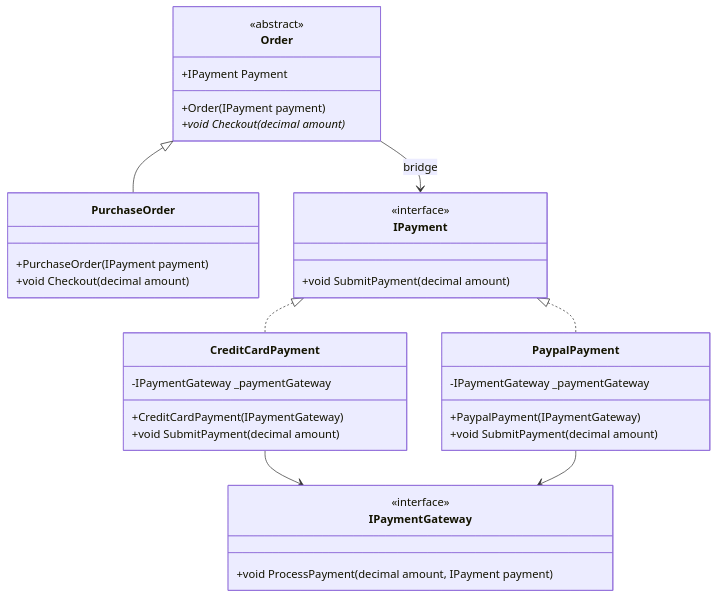
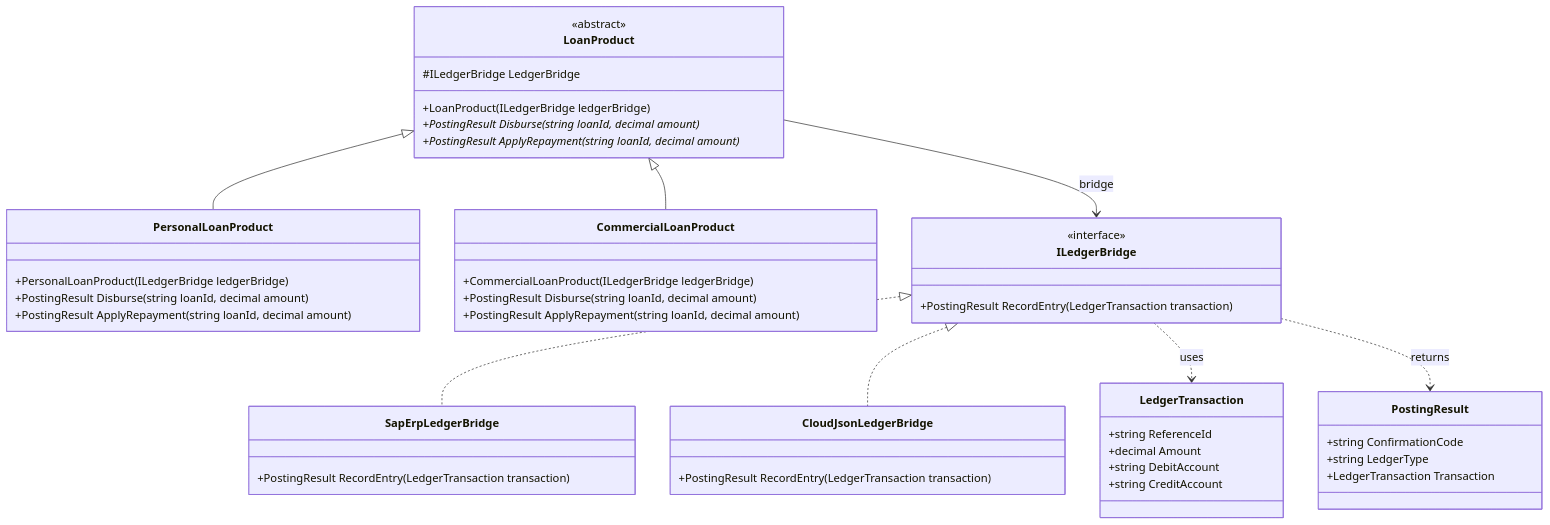
The diagram in Patterns/Bridge/pattern.md (deanagan/csharp-design-patterns), drawn with Mermaid before and after one commit. The commit also changed other lines of this file and 15 other files, not shown here.

````diff
--- a/Patterns/Bridge/pattern.md
+++ b/Patterns/Bridge/pattern.md
@@ -15,48 +55,60 @@
 ```mermaid
 classDiagram
-    %% Abstraction
-    class Order {
+    %% Abstraction Hierarchy
+    class LoanProduct {
         <<abstract>>
-        +IPayment Payment
-        +Order(IPayment payment)
-        +void Checkout(decimal amount)*
+        #ILedgerBridge LedgerBridge
+        +LoanProduct(ILedgerBridge ledgerBridge)
+        +PostingResult Disburse(string loanId, decimal amount)*
+        +PostingResult ApplyRepayment(string loanId, decimal amount)*
     }
 
-    class PurchaseOrder {
-        +PurchaseOrder(IPayment payment)
-        +void Checkout(decimal amount)
+    class PersonalLoanProduct {
+        +PersonalLoanProduct(ILedgerBridge ledgerBridge)
+        +PostingResult Disburse(string loanId, decimal amount)
+        +PostingResult ApplyRepayment(string loanId, decimal amount)
     }
 
-    %% Implementor
-    class IPayment {
-        <<interface>>
-        +void SubmitPayment(decimal amount)
+    class CommercialLoanProduct {
+        +CommercialLoanProduct(ILedgerBridge ledgerBridge)
+        +PostingResult Disburse(string loanId, decimal amount)
+        +PostingResult ApplyRepayment(string loanId, decimal amount)
     }
 
-    %% Concrete Implementors
-    class CreditCardPayment {
-        -IPaymentGateway _paymentGateway
-        +CreditCardPayment(IPaymentGateway)
-        +void SubmitPayment(decimal amount)
+    %% Implementor Hierarchy
+    class ILedgerBridge {
+        <<interface>>
+        +PostingResult RecordEntry(LedgerTransaction transaction)
     }
 
-    class PaypalPayment {
-        -IPaymentGateway _paymentGateway
-        +PaypalPayment(IPaymentGateway)
-        +void SubmitPayment(decimal amount)
+    class SapErpLedgerBridge {
+        +PostingResult RecordEntry(LedgerTransaction transaction)
     }
 
-    %% Payment Gateway (secondary bridge)
-    class IPaymentGateway {
-        <<interface>>
-        +void ProcessPayment(decimal amount, IPayment payment)
+    class CloudJsonLedgerBridge {
+        +PostingResult RecordEntry(LedgerTransaction transaction)
+    }
+
+    %% Data Models
+    class LedgerTransaction {
+        +string ReferenceId
+        +decimal Amount
+        +string DebitAccount
+        +string CreditAccount
+    }
+
+    class PostingResult {
+        +string ConfirmationCode
+        +string LedgerType
+        +LedgerTransaction Transaction
     }
 
     %% Relationships
-    Order <|-- PurchaseOrder
-    Order --> IPayment : bridge
-    IPayment <|.. CreditCardPayment
-    IPayment <|.. PaypalPayment
-    CreditCardPayment --> IPaymentGateway
-    PaypalPayment --> IPaymentGateway
+    LoanProduct <|-- PersonalLoanProduct
+    LoanProduct <|-- CommercialLoanProduct
+    LoanProduct --> ILedgerBridge : bridge
+    ILedgerBridge <|.. SapErpLedgerBridge
+    ILedgerBridge <|.. CloudJsonLedgerBridge
+    ILedgerBridge ..> LedgerTransaction : uses
+    ILedgerBridge ..> PostingResult : returns
 ```
````
